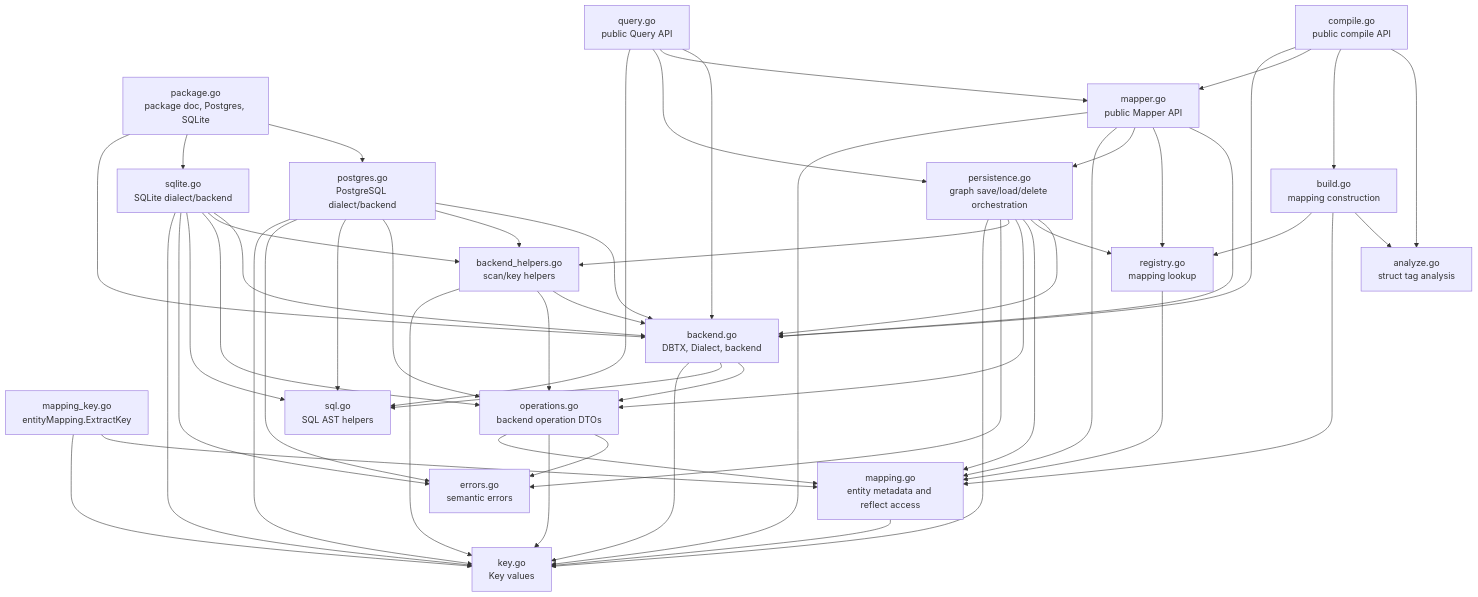
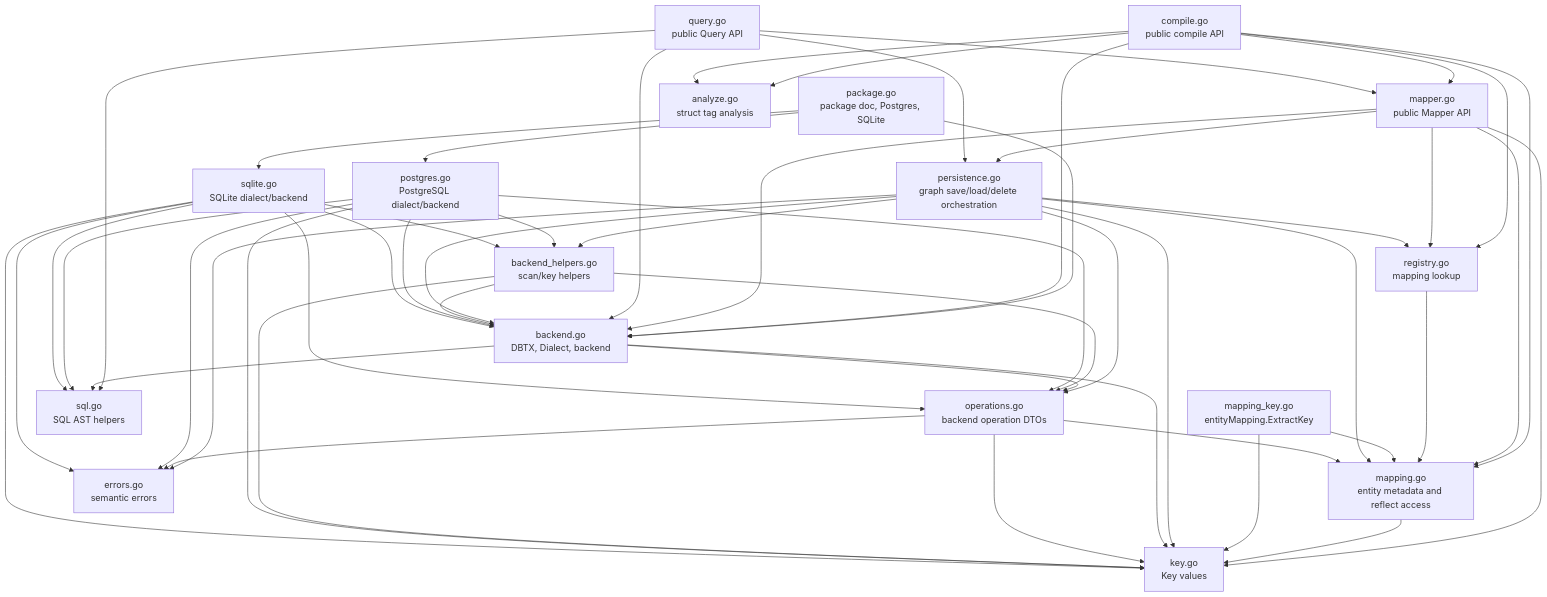
Before and after one commit to hanpama/ormapper: the diagram in ormapper-deps.md, drawn with Mermaid. The commit also changed other lines of this file and 3 other files, not shown here.

Commit message:
Merge compile build helpers

```diff
--- a/ormapper-deps.md
+++ b/ormapper-deps.md
@@ -15,7 +15,6 @@
   query_go["query.go\npublic Query API"]
 
   analyze_go["analyze.go\nstruct tag analysis"]
-  build_go["build.go\nmapping construction"]
   registry_go["registry.go\nmapping lookup"]
   mapping_go["mapping.go\nentity metadata and reflect access"]
   mapping_key_go["mapping_key.go\nentityMapping.ExtractKey"]
@@ -35,13 +34,11 @@
   package_go --> backend_go
 
   compile_go --> analyze_go
-  compile_go --> build_go
   compile_go --> mapper_go
   compile_go --> backend_go
-
-  build_go --> analyze_go
-  build_go --> mapping_go
-  build_go --> registry_go
+  compile_go --> analyze_go
+  compile_go --> mapping_go
+  compile_go --> registry_go
 
   mapper_go --> backend_go
   mapper_go --> registry_go
```
